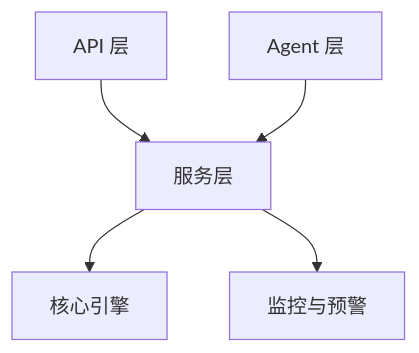
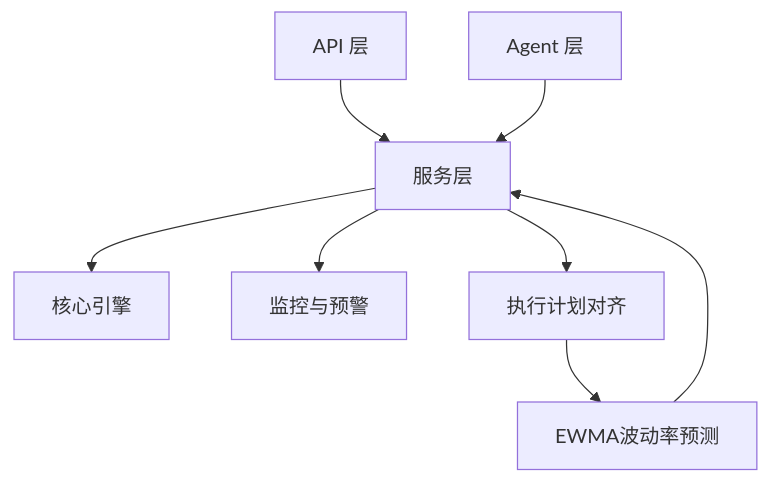
The eighth of 8 diagrams in .qoder/repowiki/zh/content/交易策略系统/风险管理.md (anYaoooo/daily_stock_analysis), drawn with Mermaid before and after one commit. The commit also changed other lines of this file and 23 other files, not shown here.

````diff
--- a/.qoder/repowiki/zh/content/交易策略系统/风险管理.md
+++ b/.qoder/repowiki/zh/content/交易策略系统/风险管理.md
@@ -321,7 +405,10 @@
 ```mermaid
 graph TB
 API["API 层"] --> SVC["服务层"]
 SVC --> ENG["核心引擎"]
 SVC --> MON["监控与预警"]
 AGENT["Agent 层"] --> SVC
+ANALYZER["执行计划对齐"] --> TECH["EWMA波动率预测"]
+SVC --> ANALYZER
+TECH --> SVC
 ```
````
